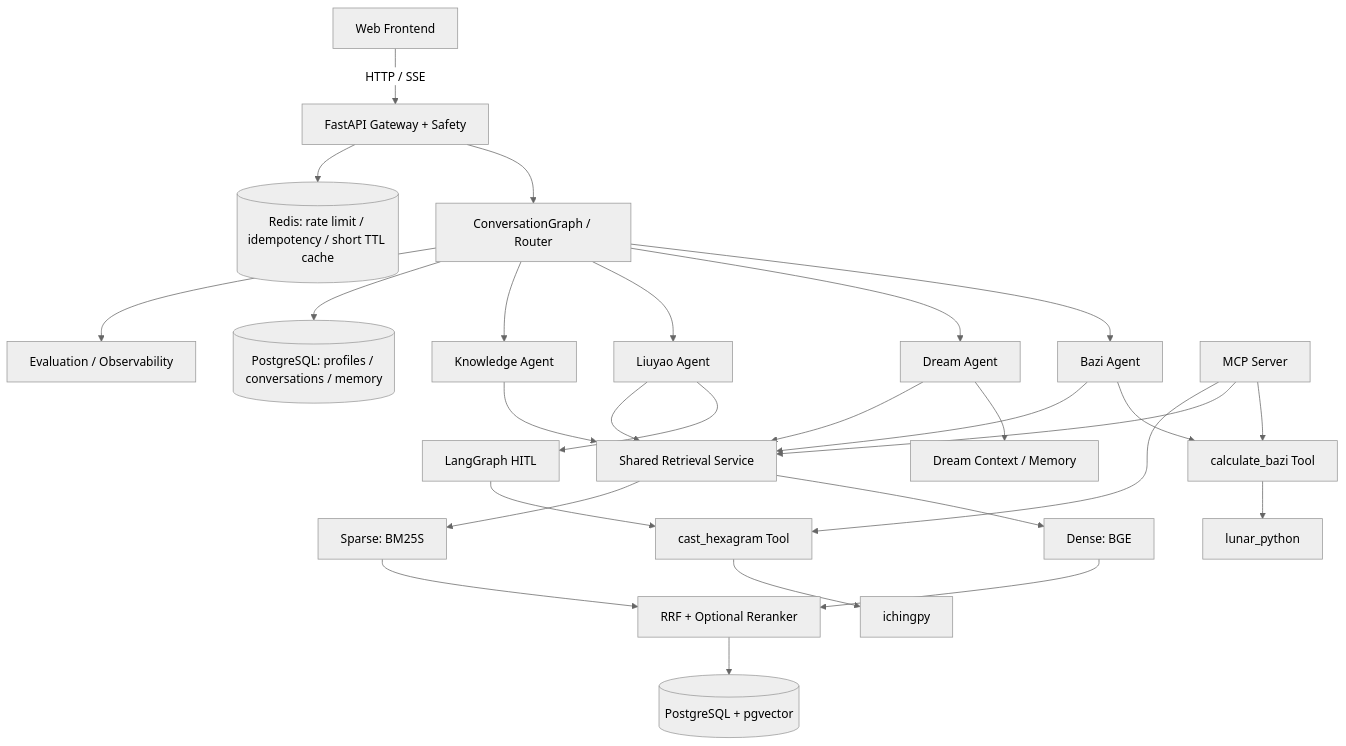
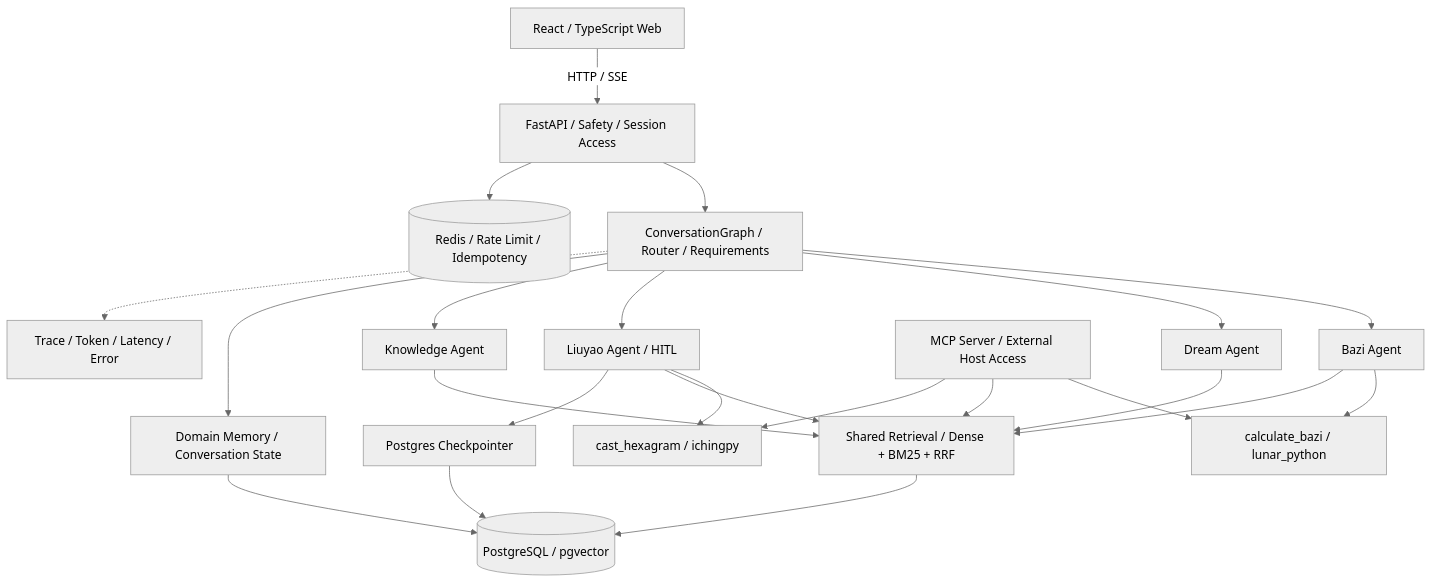
Before and after one commit to liuda112817-alt/GuanChen: the diagram in README.md, drawn with Mermaid (neutral theme). The commit also changed other lines of this file, not shown here.

Commit message:
docs: present GuanChen capabilities, demos and evaluation evidence

````diff
--- a/README.md
+++ b/README.md
@@ -75,41 +88,25 @@
 ```mermaid
 flowchart TD
-    U[Web Frontend] -->|HTTP / SSE| API[FastAPI Gateway + Safety]
-
-    API --> CG[ConversationGraph / Router]
-
-    CG --> B[Bazi Agent]
-    CG --> D[Dream Agent]
-    CG --> L[Liuyao Agent]
-    CG --> K[Knowledge Agent]
-
-    B --> BT[calculate_bazi Tool]
-    BT --> LP[lunar_python]
-
-    D --> DC[Dream Context / Memory]
-
-    L --> LG[LangGraph HITL]
-    LG --> HT[cast_hexagram Tool]
-    HT --> IP[ichingpy]
-
-    B --> R[Shared Retrieval Service]
-    D --> R
-    L --> R
-    K --> R
-
-    R --> DR[Dense: BGE]
-    R --> SR[Sparse: BM25S]
-    DR --> F[RRF + Optional Reranker]
-    SR --> F
-    F --> PG[(PostgreSQL + pgvector)]
-
-    CG --> MEM[(PostgreSQL: profiles / conversations / memory)]
-    CG --> OBS[Evaluation / Observability]
-
-    MCP[MCP Server] --> BT
-    MCP --> R
-    MCP --> HT
-
-    REDIS[(Redis: rate limit / idempotency / short TTL cache)]
-    API --> REDIS
+    Web["React / TypeScript Web"] -->|HTTP / SSE| API["FastAPI / Safety / Session Access"]
+    API --> Graph["ConversationGraph / Router / Requirements"]
+    Graph --> Bazi["Bazi Agent"]
+    Graph --> Dream["Dream Agent"]
+    Graph --> Liuyao["Liuyao Agent / HITL"]
+    Graph --> Knowledge["Knowledge Agent"]
+    Bazi --> BaziTool["calculate_bazi / lunar_python"]
+    Liuyao --> HexTool["cast_hexagram / ichingpy"]
+    Bazi --> Retrieval["Shared Retrieval / Dense + BM25 + RRF"]
+    Dream --> Retrieval
+    Liuyao --> Retrieval
+    Knowledge --> Retrieval
+    Retrieval --> DB[("PostgreSQL / pgvector")]
+    Graph --> Memory["Domain Memory / Conversation State"]
+    Memory --> DB
+    Liuyao --> Checkpoint["Postgres Checkpointer"]
+    Checkpoint --> DB
+    API --> Redis[("Redis / Rate Limit / Idempotency")]
+    MCP["MCP Server / External Host Access"] --> BaziTool
+    MCP --> Retrieval
+    MCP --> HexTool
+    Graph -.-> Trace["Trace / Token / Latency / Error"]
 ```
````
